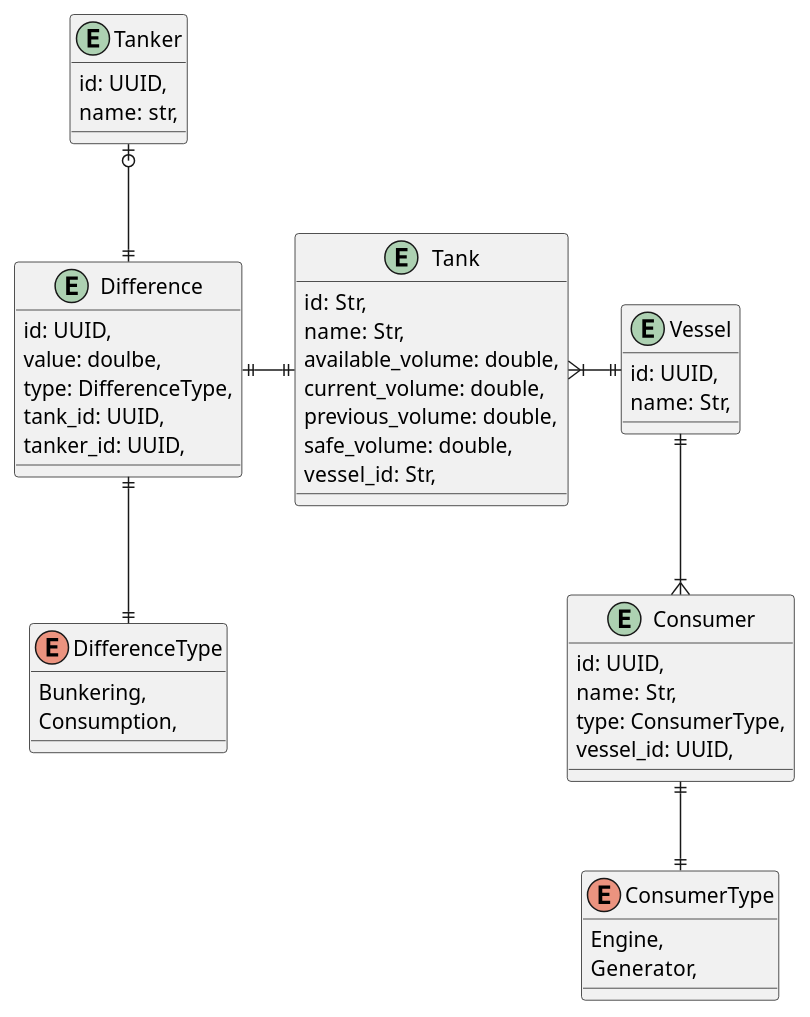
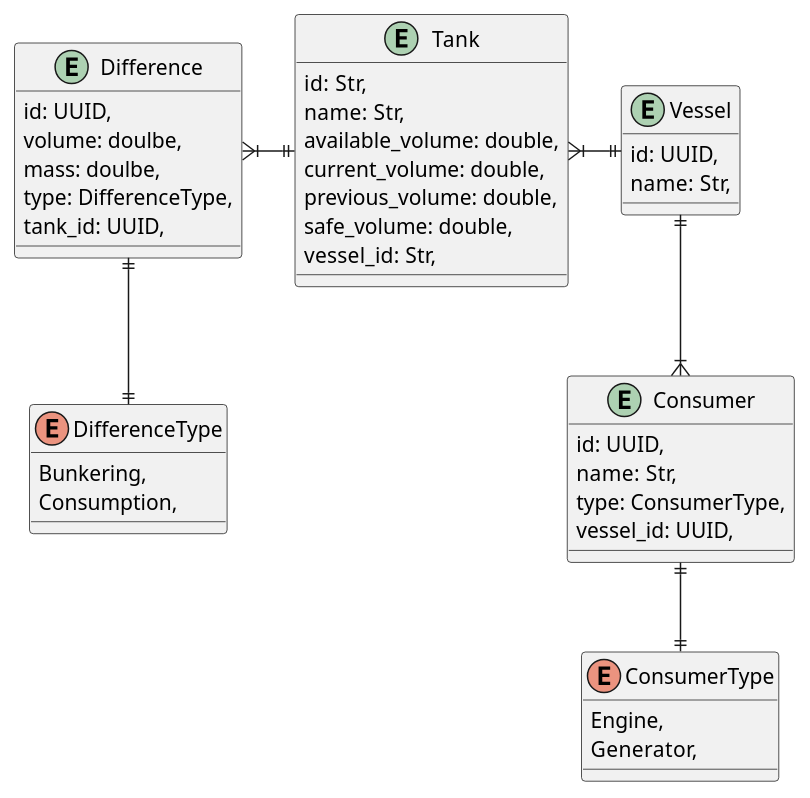
One commit to DrankedSnake/fuel_monitoring_system changed the diagram in src-tauri/docs/domain_model.puml. Above: the diagram before and after it, drawn with PlantUML. The commit also changed 52 other files, not shown here.

```diff
--- a/src-tauri/docs/domain_model.puml
+++ b/src-tauri/docs/domain_model.puml
@@ -1,49 +1,44 @@
 @startuml
 skinparam linetype ortho
 
 entity Tank{
     id: Str,
     name: Str,
     available_volume: double,
     current_volume: double,
     previous_volume: double,
     safe_volume: double,
     vessel_id: Str,
 }
-entity Tanker{
-    id: UUID,
-    name: str,
-}
 enum DifferenceType{
     Bunkering,
     Consumption,
 }
 entity Difference{
     id: UUID,
-    value: doulbe,
+    volume: doulbe,
+    mass: doulbe,
     type: DifferenceType,
     tank_id: UUID,
-    tanker_id: UUID,
 }
 entity Vessel{
     id: UUID,
     name: Str,
 }
 entity Consumer{
     id: UUID,
     name: Str,
     type: ConsumerType,
     vessel_id: UUID,
 }
 enum ConsumerType{
     Engine,
     Generator,
 }
 
-Difference ||-|| Tank
+Difference }|-|| Tank
 Tank }|-|| Vessel
 Difference ||-down-|| DifferenceType
-Difference ||-up-o| Tanker
 Consumer ||--|| ConsumerType
 Vessel ||--|{ Consumer
 @enduml
```
